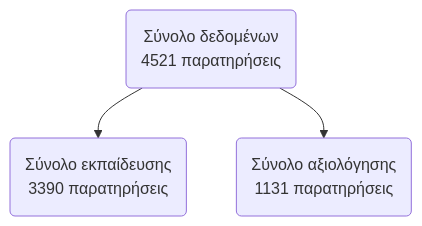
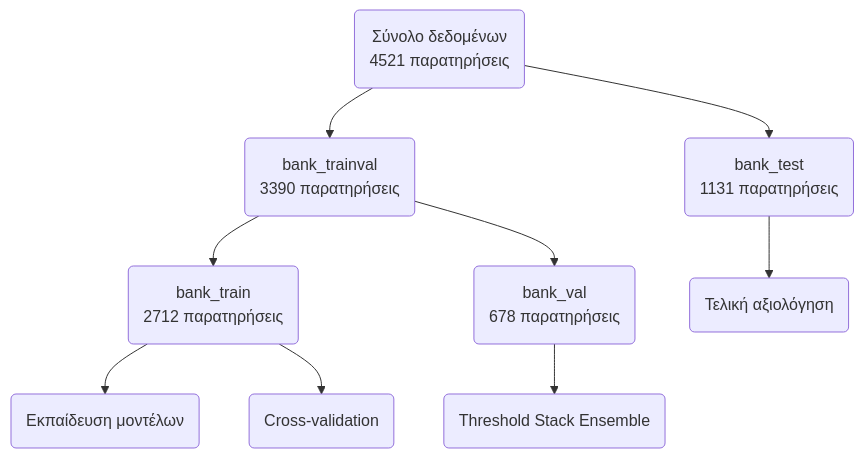
One commit to stesiam/stesiam.github.io changed the second of 2 diagrams in posts/predict-possible-clients/index.el.qmd. Above: the diagram before and after it, drawn with Mermaid. The commit also changed other lines of this file and 1 other file, not shown here.

````diff
--- a/posts/predict-possible-clients/index.el.qmd
+++ b/posts/predict-possible-clients/index.el.qmd
@@ -1063,10 +1074,15 @@
 ```{mermaid}
 %%| echo: false
-%%| title: "Σχεδιάγραμμα: Διαχωρισμός δεδομένων"
 %%| label: fig-diagram-split
-%%| fig-cap: "Διαχωρισμός δεδομένων σε δύο μέρη (για εκπαίδευση και έλεγχο απόδοσης του μοντέλου)"
+%%| fig-cap: "Τριμερής διαχωρισμός δεδομένων"
 
 graph TD;
-  A(Σύνολο δεδομένων <br> 4521 παρατηρήσεις) --> B(Σύνολο εκπαίδευσης <br> 3390 παρατηρήσεις)
-  A(Σύνολο δεδομένων <br> 4521 παρατηρήσεις) --> C(Σύνολο αξιολόγησης <br> 1131 παρατηρήσεις)
+  A(Σύνολο δεδομένων <br> 4521 παρατηρήσεις) --> B(bank_trainval <br> 3390 παρατηρήσεις)
+  A --> C(bank_test <br> 1131 παρατηρήσεις)
+  B --> D(bank_train <br> 2712 παρατηρήσεις)
+  B --> E(bank_val <br> 678 παρατηρήσεις)
+  D --> F(Εκπαίδευση μοντέλων)
+  D --> G(Cross-validation)
+  E --> H(Threshold Stack Ensemble)
+  C --> I(Τελική αξιολόγηση)
 ```
````
